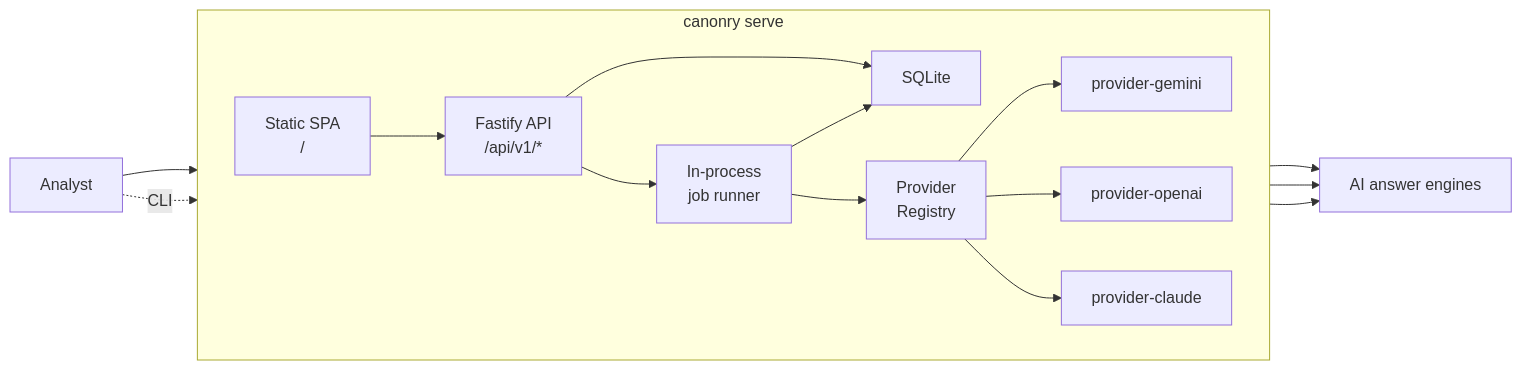
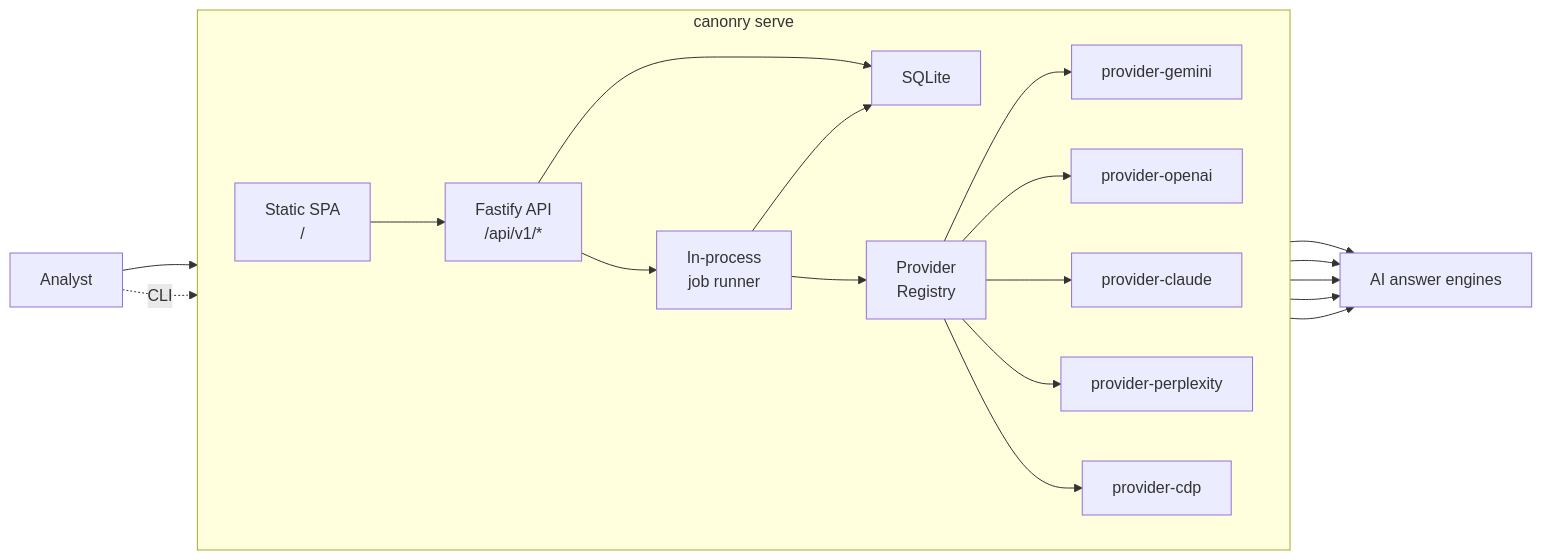
Before and after one commit to evolv3ai/canonry: the first of 3 diagrams in docs/architecture.md, drawn with Mermaid. The commit also changed other lines of this file and 43 other files, not shown here.

````diff
--- a/docs/architecture.md
+++ b/docs/architecture.md
@@ -13,23 +13,27 @@
 ```mermaid
 flowchart LR
   User["Analyst"]
   Target["AI answer engines"]
 
   subgraph Process["canonry serve"]
     direction LR
     SPA["Static SPA\n/"] --> API["Fastify API\n/api/v1/*"]
     API --> JobRunner["In-process\njob runner"]
     API --> SQLite["SQLite"]
     JobRunner --> Registry["Provider\nRegistry"]
     Registry --> Gemini["provider-gemini"]
     Registry --> OpenAI["provider-openai"]
     Registry --> Claude["provider-claude"]
+    Registry --> Perplexity["provider-perplexity"]
+    Registry --> CDP["provider-cdp"]
     JobRunner --> SQLite
   end
 
   User --> SPA
   User -. CLI .-> API
   Gemini --> Target
   OpenAI --> Target
   Claude --> Target
+  Perplexity --> Target
+  CDP --> Target
 ```
````
